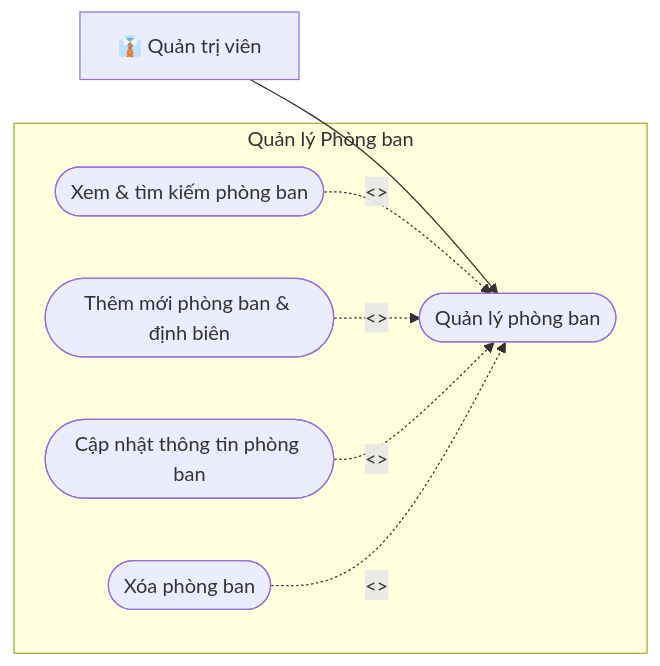
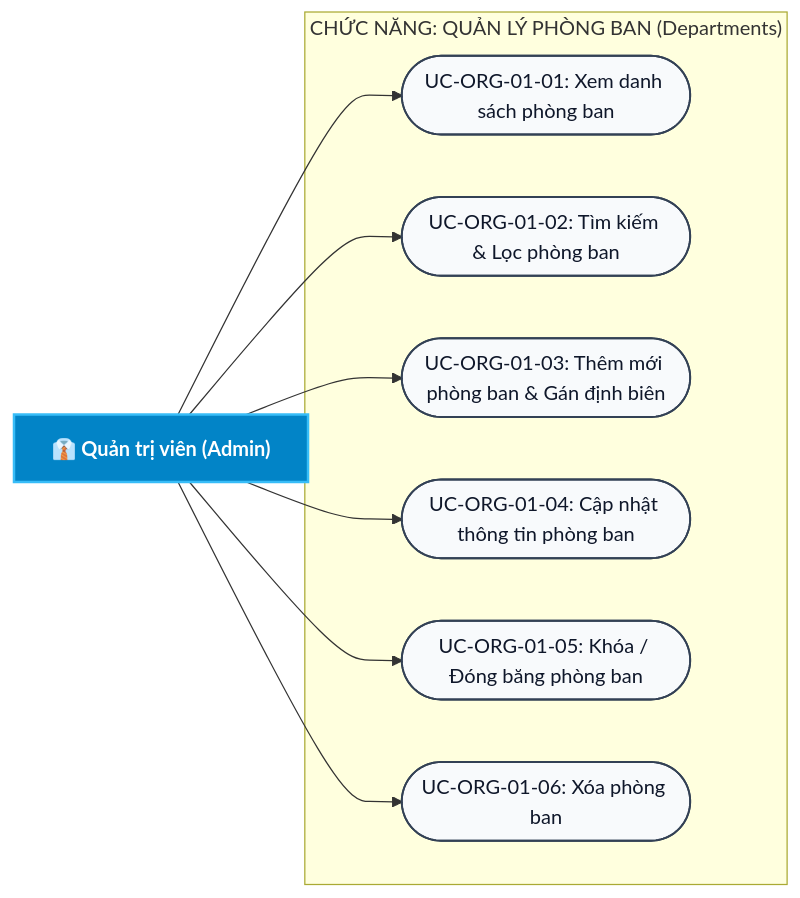
The third of 37 diagrams in docs/Các biểu đồ/So_Do_Use_Case_Tong_Quat_HRM.md (aye2710/HRM-DATN), drawn with Mermaid before and after one commit. The commit also changed other lines of this file and 275 other files, not shown here.

Commit message:
docs: add full UML & ERD documentation suite (Use Case, Sequence, Activity, ERD, Class Diagram) with embedded Word exports

````diff
--- a/docs/Các biểu đồ/So_Do_Use_Case_Tong_Quat_HRM.md
+++ b/docs/Các biểu đồ/So_Do_Use_Case_Tong_Quat_HRM.md
@@ -95,18 +137,25 @@
 ```mermaid
 flowchart LR
-    ADMIN["👔 Quản trị viên"]
+    ADMIN["👔 Quản trị viên (Admin)"]
 
-    subgraph UC_DEPT_BOX ["Quản lý Phòng ban"]
-        UC_DEPT(["Quản lý phòng ban"])
-        UC_DEPT_1(["Xem & tìm kiếm phòng ban"])
-        UC_DEPT_2(["Thêm mới phòng ban & định biên"])
-        UC_DEPT_3(["Cập nhật thông tin phòng ban"])
-        UC_DEPT_4(["Xóa phòng ban"])
+    subgraph FUNC_DEPT ["CHỨC NĂNG: QUẢN LÝ PHÒNG BAN (Departments)"]
+        UC1(["UC-ORG-01-01: Xem danh sách phòng ban"])
+        UC2(["UC-ORG-01-02: Tìm kiếm & Lọc phòng ban"])
+        UC3(["UC-ORG-01-03: Thêm mới phòng ban & Gán định biên"])
+        UC4(["UC-ORG-01-04: Cập nhật thông tin phòng ban"])
+        UC5(["UC-ORG-01-05: Khóa / Đóng băng phòng ban"])
+        UC6(["UC-ORG-01-06: Xóa phòng ban"])
     end
 
-    ADMIN --> UC_DEPT
-    UC_DEPT_1 -.->|<<include>>| UC_DEPT
-    UC_DEPT_2 -.->|<<extend>>| UC_DEPT
-    UC_DEPT_3 -.->|<<extend>>| UC_DEPT
-    UC_DEPT_4 -.->|<<extend>>| UC_DEPT
+    ADMIN --> UC1
+    ADMIN --> UC2
+    ADMIN --> UC3
+    ADMIN --> UC4
+    ADMIN --> UC5
+    ADMIN --> UC6
+
+    classDef actor fill:#0284c7,stroke:#38bdf8,stroke-width:2px,color:#ffffff,font-weight:bold;
+    classDef uc fill:#f8fafc,stroke:#334155,stroke-width:1.5px,color:#0f172a;
+    class ADMIN actor;
+    class UC1,UC2,UC3,UC4,UC5,UC6 uc;
 ```
````
